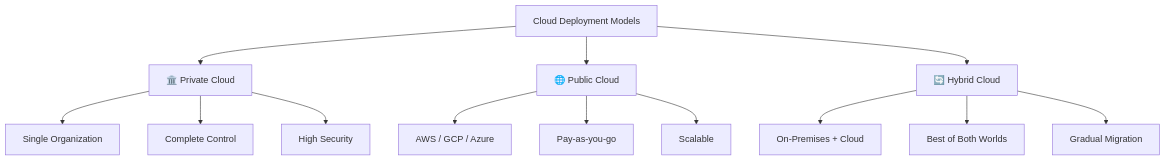
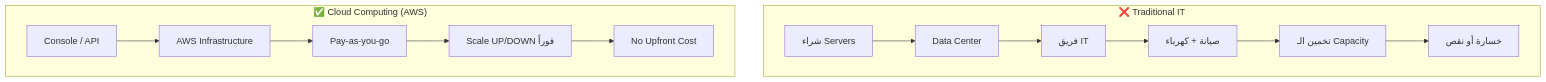
The third of 20 diagrams in Aws practitioner/aws_domain1_cloud_concepts.md (muhammad-khaled-tech/My-Study-Notes), drawn with Mermaid before and after one commit. The commit also changed other lines of this file and 3 other files, not shown here.

````diff
--- a/Aws practitioner/aws_domain1_cloud_concepts.md
+++ b/Aws practitioner/aws_domain1_cloud_concepts.md
@@ -162,15 +139,16 @@
 ```mermaid
-graph TD
-    A[Cloud Deployment Models] --> B[🏛️ Private Cloud]
-    A --> C[🌐 Public Cloud]
-    A --> D[🔄 Hybrid Cloud]
-    B --> B1[Single Organization]
-    B --> B2[Complete Control]
-    B --> B3[High Security]
-    C --> C1[AWS / GCP / Azure]
-    C --> C2[Pay-as-you-go]
-    C --> C3[Scalable]
-    D --> D1[On-Premises + Cloud]
-    D --> D2[Best of Both Worlds]
-    D --> D3[Gradual Migration]
+flowchart TB
+    subgraph Old["❌ Traditional IT"]
+        A[شراء Servers] --> B[Data Center]
+        B --> C[فريق IT]
+        C --> D[صيانة + كهرباء]
+        D --> E[تخمين الـ Capacity]
+        E --> F[خسارة أو نقص]
+    end
+    subgraph New["✅ Cloud Computing (AWS)"]
+        G[Console / API] --> H[AWS Infrastructure]
+        H --> I[Pay-as-you-go]
+        I --> J[Scale UP/DOWN فوراً]
+        J --> K[No Upfront Cost]
+    end
 ```
````
